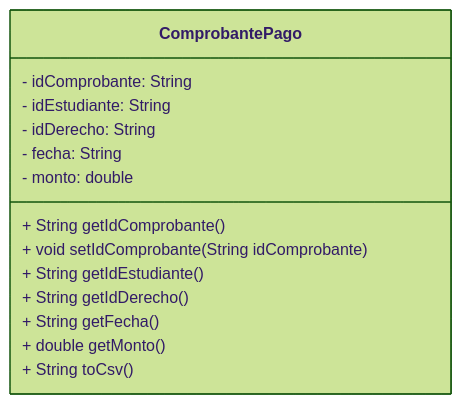
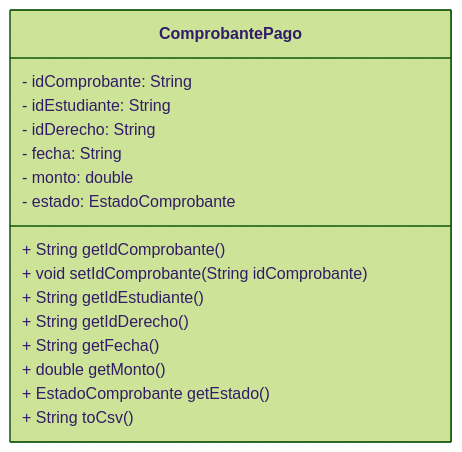
Before and after one commit to Aireck2/take-attendance-java: the diagram in docs/models/ComprobantePago.mmd, drawn with Mermaid (forest theme). The commit also changed 10 other files, not shown here.

Commit message:
docs(docs): update class diagrams

```diff
--- a/docs/models/ComprobantePago.mmd
+++ b/docs/models/ComprobantePago.mmd
@@ -1,15 +1,17 @@
 classDiagram
     class ComprobantePago {
         - idComprobante: String
         - idEstudiante: String
         - idDerecho: String
         - fecha: String
         - monto: double
+        - estado: EstadoComprobante
         + String getIdComprobante()
         + void setIdComprobante(String idComprobante)
         + String getIdEstudiante()
         + String getIdDerecho()
         + String getFecha()
         + double getMonto()
+        + EstadoComprobante getEstado()
         + String toCsv()
     }
```
